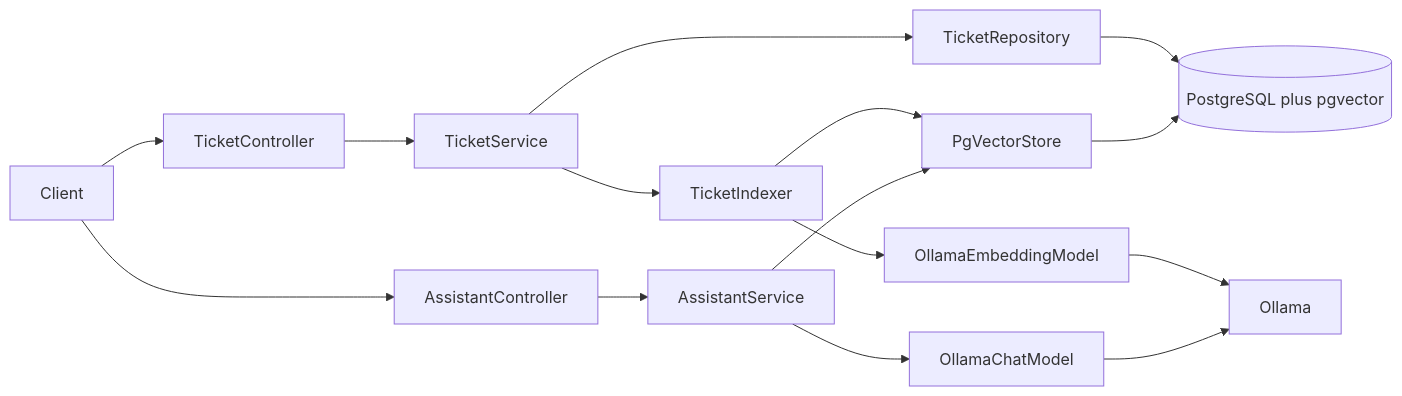
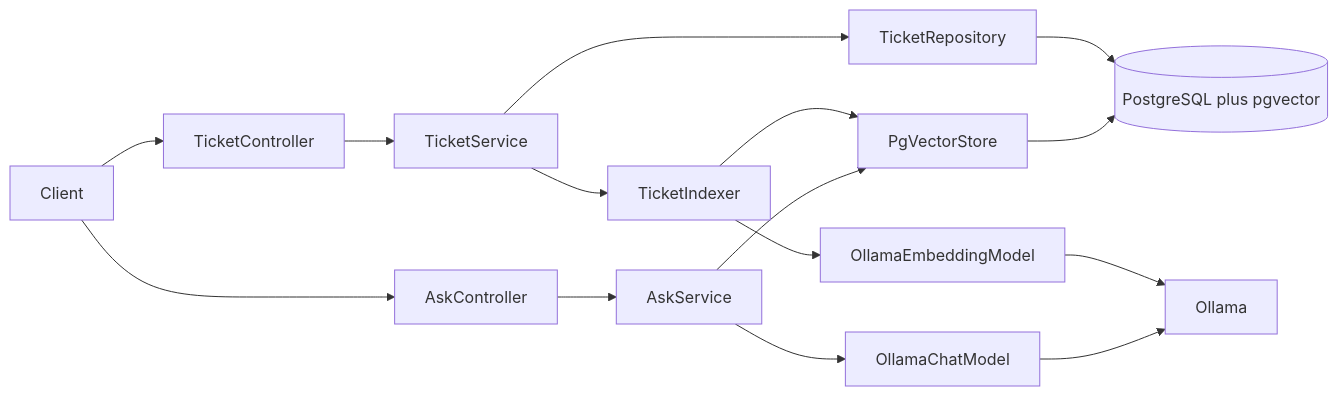
Before and after one commit to shobhitg04/C2-Learning: the diagram in spec/architecture.md, drawn with Mermaid. The commit also changed other lines of this file and 10 other files, not shown here.

````diff
--- a/spec/architecture.md
+++ b/spec/architecture.md
@@ -9,29 +9,29 @@
 ```mermaid
 flowchart LR
   client[Client]
   tickets[TicketController]
-  assistant[AssistantController]
+  assistant[AskController]
   ticketService[TicketService]
-  assistantService[AssistantService]
+  assistantService[AskService]
   ticketsRepo[TicketRepository]
   indexer[TicketIndexer]
   vectors[PgVectorStore]
   embed[OllamaEmbeddingModel]
   chat[OllamaChatModel]
   db[(PostgreSQL plus pgvector)]
 
   client --> tickets
   client --> assistant
   tickets --> ticketService
   ticketService --> ticketsRepo
   ticketService --> indexer
   indexer --> embed
   indexer --> vectors
   assistant --> assistantService
   assistantService --> vectors
   assistantService --> chat
   ticketsRepo --> db
   vectors --> db
   embed --> ollama[Ollama]
   chat --> ollama
 ```
````
